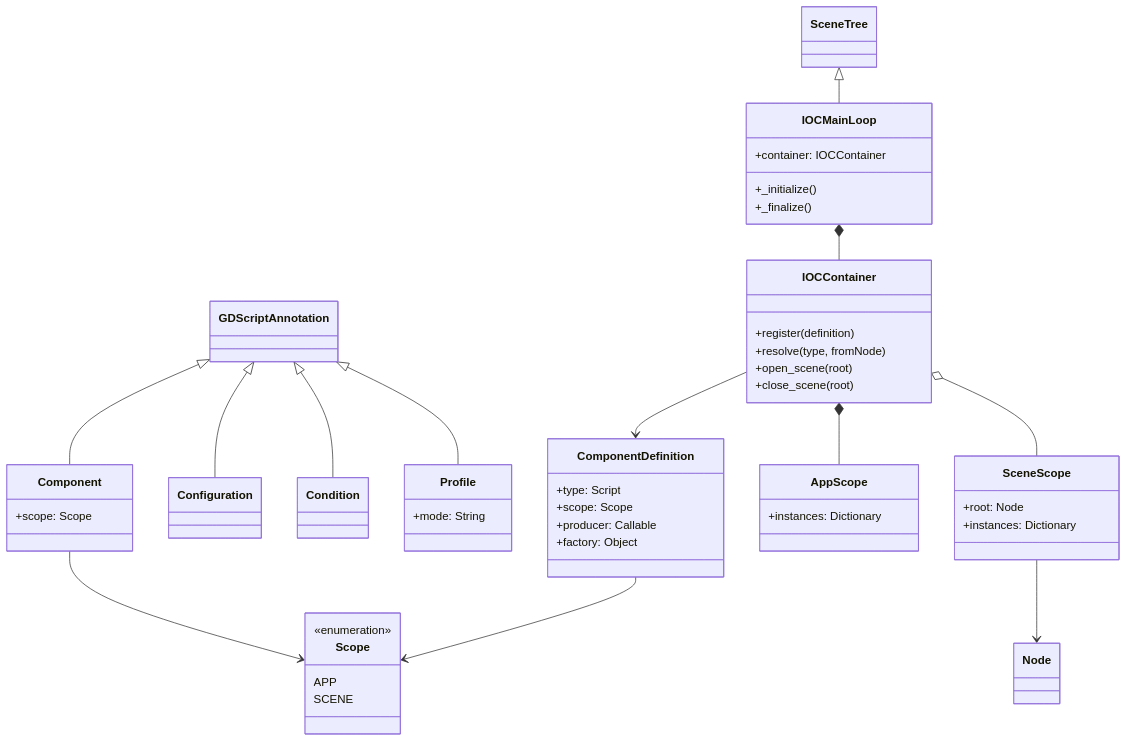
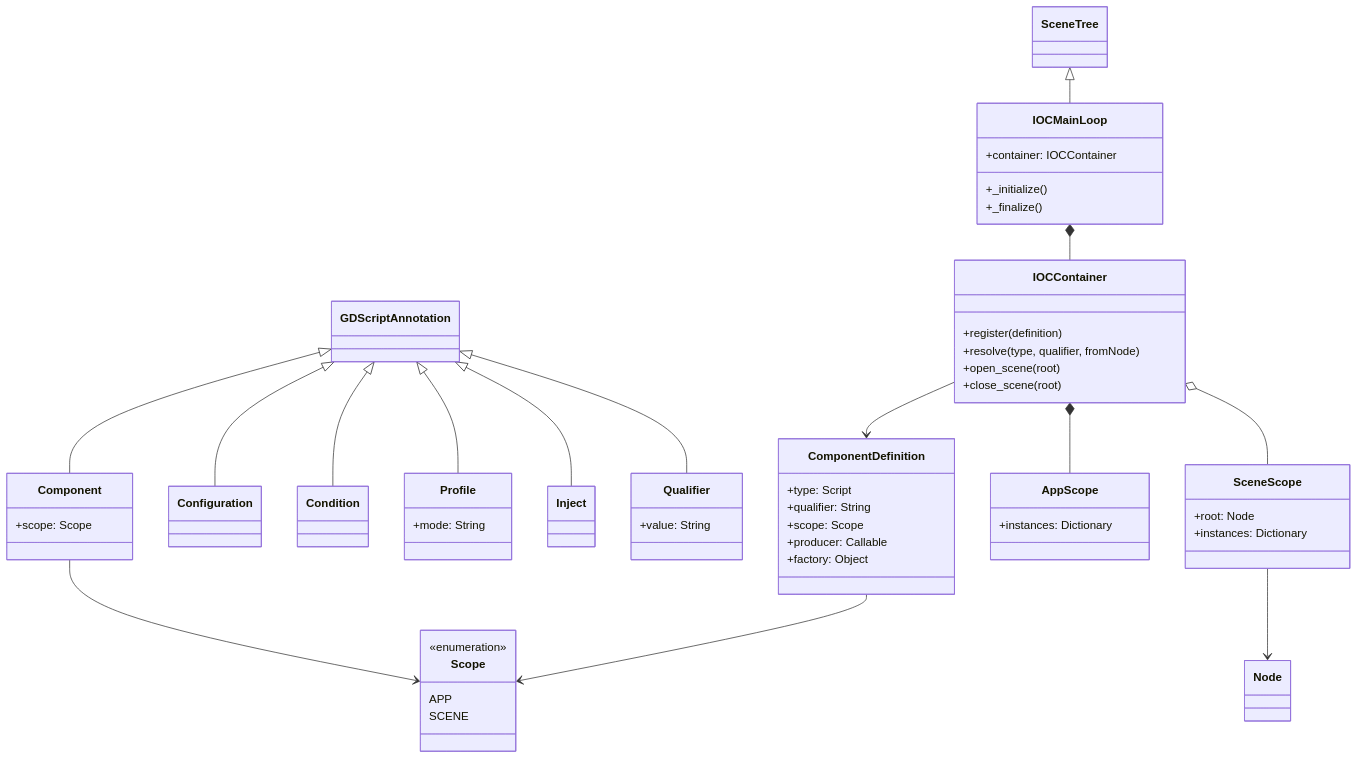
The third of 8 diagrams in docs/ioc-architecture.md (jaeckl/annotation-addon), drawn with Mermaid before and after one commit. The commit also changed other lines of this file, not shown here.

First line of the commit message:
Match components by parent type

````diff
--- a/docs/ioc-architecture.md
+++ b/docs/ioc-architecture.md
@@ -66,54 +76,61 @@
 ```mermaid
 classDiagram
     class GDScriptAnnotation
     class Component {
         +scope: Scope
     }
     class Configuration
     class Condition
     class Profile {
         +mode: String
     }
+    class Inject
+    class Qualifier {
+        +value: String
+    }
     class IOCMainLoop {
         +container: IOCContainer
         +_initialize()
         +_finalize()
     }
     class IOCContainer {
         +register(definition)
-        +resolve(type, fromNode)
+        +resolve(type, qualifier, fromNode)
         +open_scene(root)
         +close_scene(root)
     }
     class ComponentDefinition {
         +type: Script
+        +qualifier: String
         +scope: Scope
         +producer: Callable
         +factory: Object
     }
     class Scope {
         <<enumeration>>
         APP
         SCENE
     }
     class AppScope {
         +instances: Dictionary
     }
     class SceneScope {
         +root: Node
         +instances: Dictionary
     }
 
     GDScriptAnnotation <|-- Component
     GDScriptAnnotation <|-- Configuration
     GDScriptAnnotation <|-- Condition
     GDScriptAnnotation <|-- Profile
+    GDScriptAnnotation <|-- Inject
+    GDScriptAnnotation <|-- Qualifier
     SceneTree <|-- IOCMainLoop
     IOCMainLoop *-- IOCContainer
     IOCContainer *-- AppScope
     IOCContainer o-- SceneScope
     IOCContainer --> ComponentDefinition
     ComponentDefinition --> Scope
     Component --> Scope
     SceneScope --> Node
 ```
````
